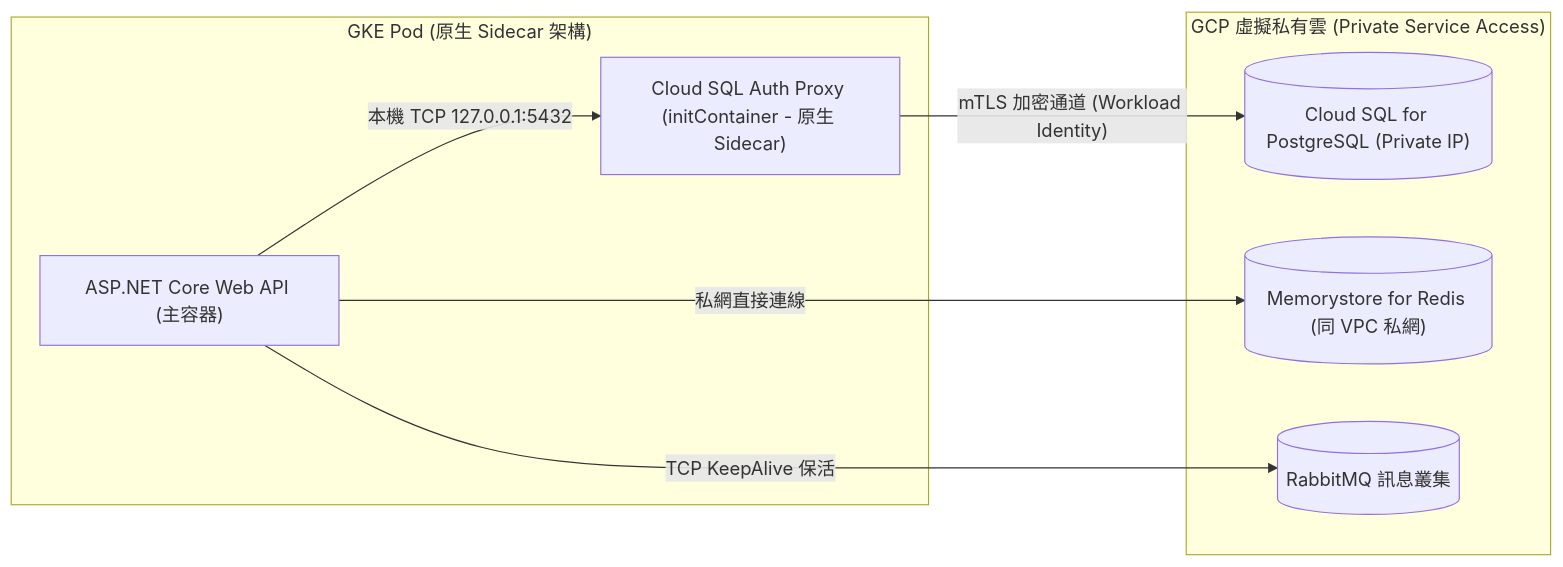
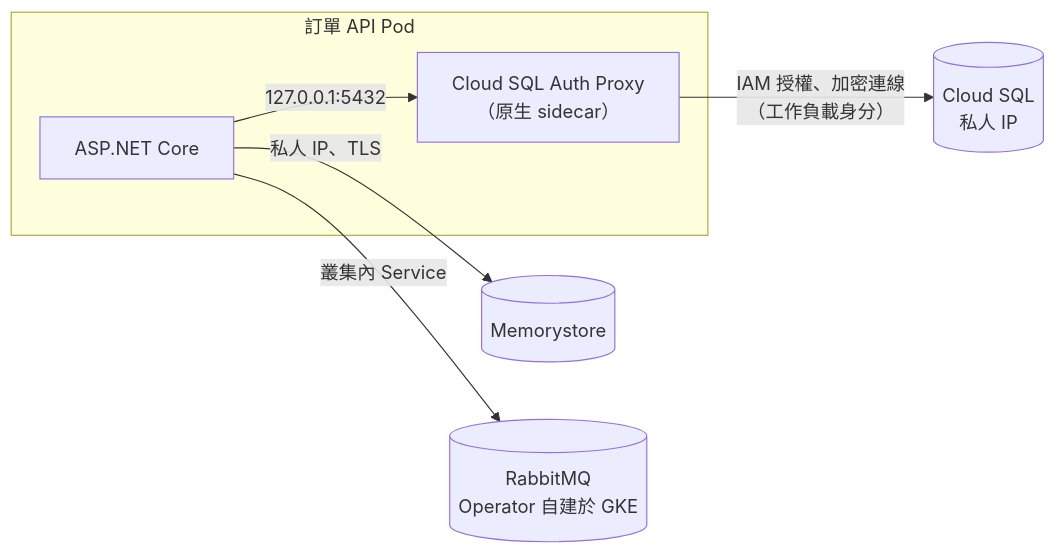
One commit to RayLiu1999/Wiki changed the diagram in src/content/docs/platforms/gke/data-services.md. Above: the diagram before and after it, drawn with Mermaid. The commit also changed other lines of this file and 4 other files, not shown here.

````diff
--- a/src/content/docs/platforms/gke/data-services.md
+++ b/src/content/docs/platforms/gke/data-services.md
@@ -29,14 +45,10 @@
 ```mermaid
 flowchart LR
-    subgraph Pod["GKE Pod (原生 Sidecar 架構)"]
-        Proxy["Cloud SQL Auth Proxy (initContainer - 原生 Sidecar)"]
-        API["ASP.NET Core Web API (主容器)"]
-        API -->|本機 TCP 127.0.0.1:5432| Proxy
+    subgraph Pod["訂單 API Pod"]
+        Proxy["Cloud SQL Auth Proxy<br/>（原生 sidecar）"]
+        App["ASP.NET Core"] -->|"127.0.0.1:5432"| Proxy
     end
-    
-    subgraph VPC["GCP 虛擬私有雲 (Private Service Access)"]
-        Proxy -->|"mTLS 加密通道 (Workload Identity)"| CloudSQL[("Cloud SQL for PostgreSQL (Private IP)")]
-        API -->|私網直接連線| Redis[("Memorystore for Redis (同 VPC 私網)")]
-        API -->|TCP KeepAlive 保活| RMQ[("RabbitMQ 訊息叢集")]
-    end
+    Proxy -->|"IAM 授權、加密連線<br/>（工作負載身分）"| SQL[("Cloud SQL<br/>私人 IP")]
+    App -->|"私人 IP、TLS"| Redis[("Memorystore")]
+    App -->|"叢集內 Service"| MQ[("RabbitMQ<br/>Operator 自建於 GKE")]
 ```
````
